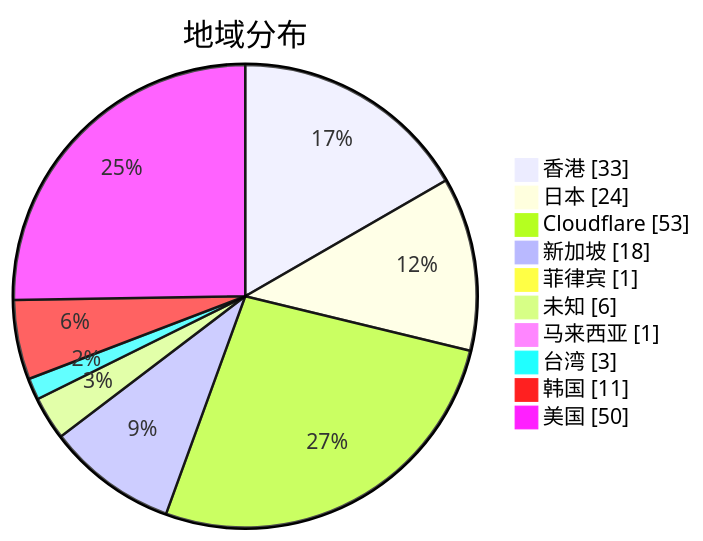
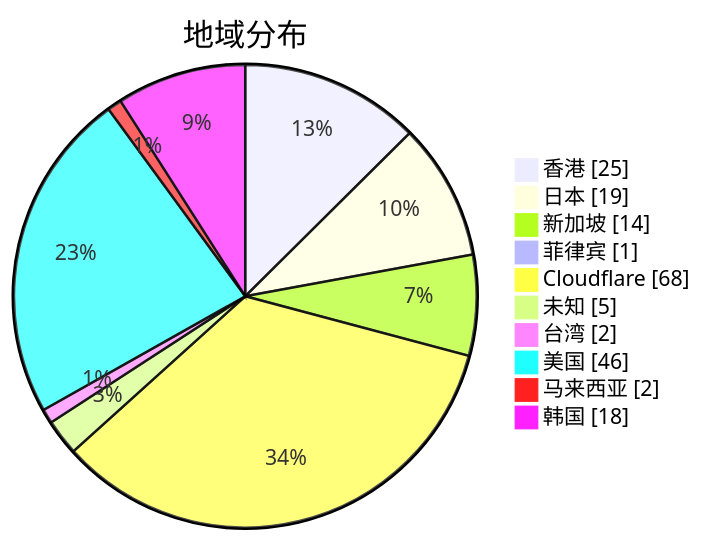
One commit to qjlxg/airport changed the second of 3 diagrams in subs/statistics/tested_within.md. Above: the diagram before and after it, drawn with Mermaid. The commit also changed other lines of this file and 2 other files, not shown here.

````diff
--- a/subs/statistics/tested_within.md
+++ b/subs/statistics/tested_within.md
@@ -11,14 +12,14 @@
 ```mermaid
 pie showData
 title 地域分布
-"香港" : 33
-"日本" : 24
-"Cloudflare" : 53
-"新加坡" : 18
+"香港" : 25
+"日本" : 19
+"新加坡" : 14
 "菲律宾" : 1
-"未知" : 6
-"马来西亚" : 1
-"台湾" : 3
-"韩国" : 11
-"美国" : 50
+"Cloudflare" : 68
+"未知" : 5
+"台湾" : 2
+"美国" : 46
+"马来西亚" : 2
+"韩国" : 18
 ```
````
